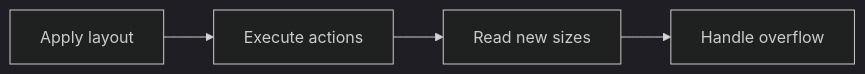
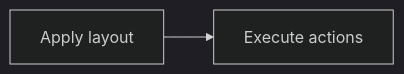
The second of 2 diagrams in apps/docs/src/content/docs/getting-started/core-concepts.mdx (maelstrom-co/maelstrom), drawn with Mermaid (dark theme) before and after one commit. The commit also changed other lines of this file and 10 other files, not shown here.

````diff
--- a/apps/docs/src/content/docs/getting-started/core-concepts.mdx
+++ b/apps/docs/src/content/docs/getting-started/core-concepts.mdx
@@ -105,6 +105,4 @@
 ```mermaid
 flowchart LR
   Layout["Apply layout"] --> Actions["Execute actions"]
-  Actions --> Sizes["Read new sizes"]
-  Sizes --> Overflow["Handle overflow"]
 ```
````
